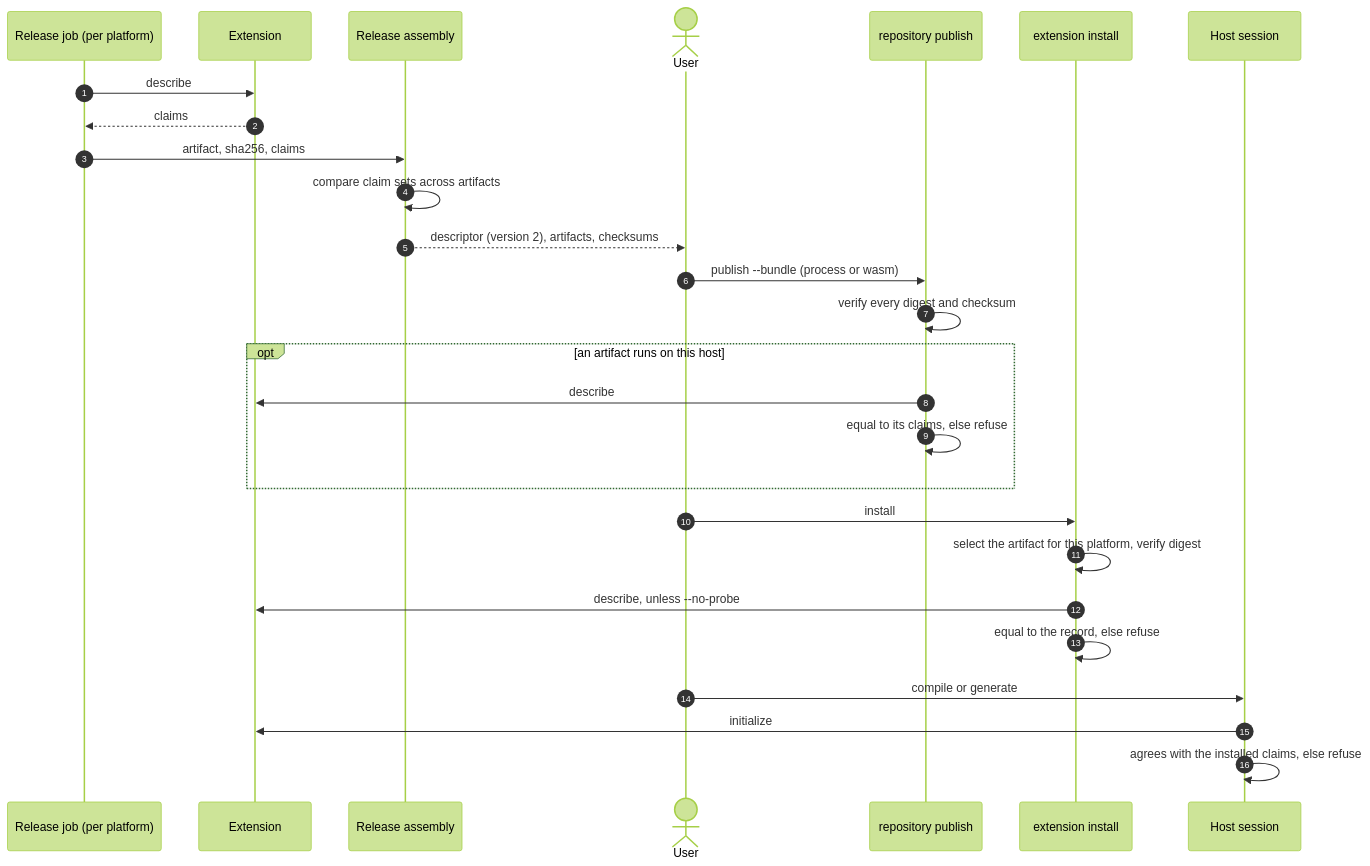
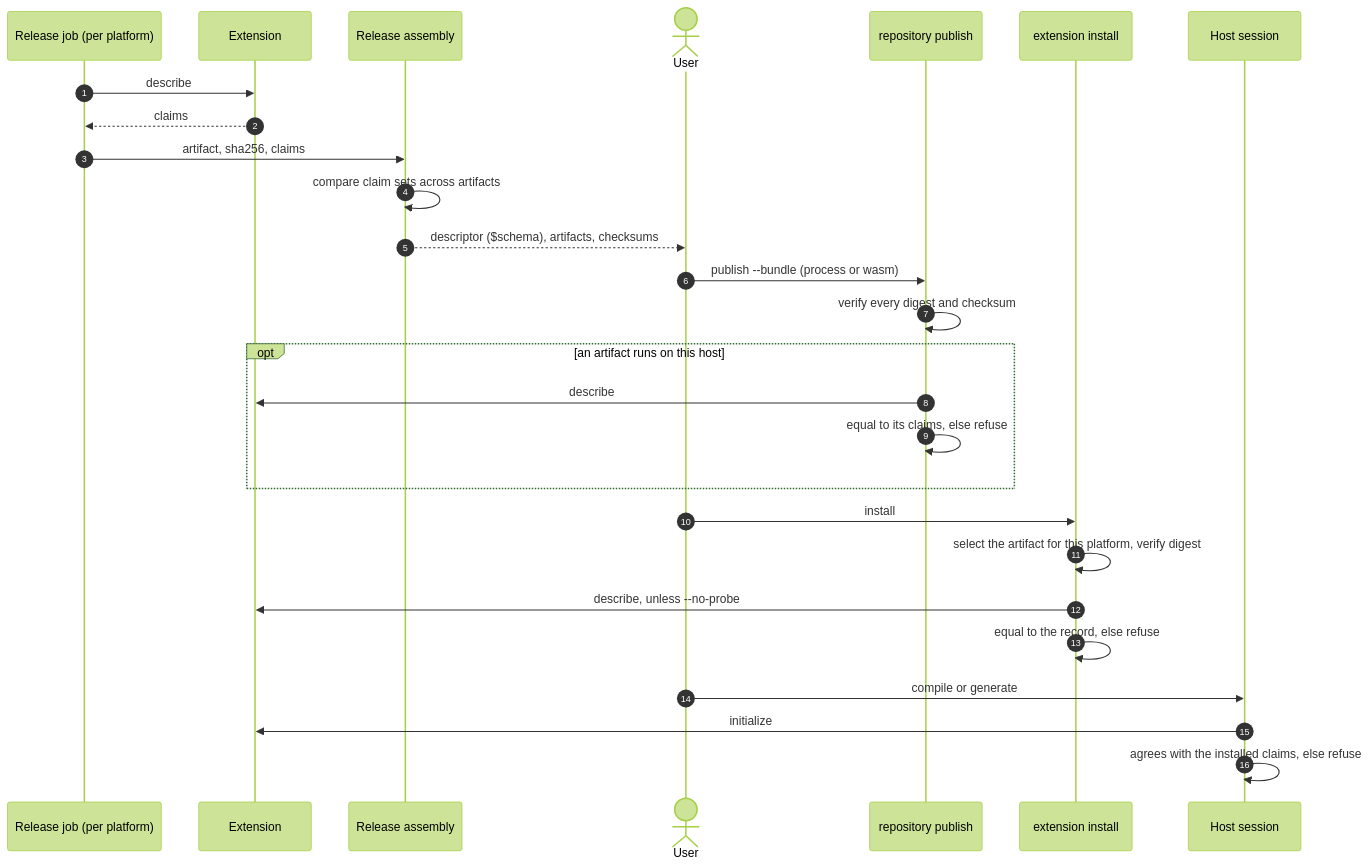
Before and after one commit to finos/morphir: the third of 3 diagrams in docs/design/draft/extensions/distribution-and-acquisition.md, drawn with Mermaid (forest theme). The commit also changed other lines of this file and 76 other files, not shown here.

````diff
--- a/docs/design/draft/extensions/distribution-and-acquisition.md
+++ b/docs/design/draft/extensions/distribution-and-acquisition.md
@@ -316,30 +355,30 @@
 ```mermaid
 sequenceDiagram
     autonumber
     participant CI as Release job (per platform)
     participant Guest as Extension
     participant Asm as Release assembly
     actor User
     participant Repo as repository publish
     participant Inst as extension install
     participant Host as Host session
 
     CI->>Guest: describe
     Guest-->>CI: claims
     CI->>Asm: artifact, sha256, claims
     Asm->>Asm: compare claim sets across artifacts
-    Asm-->>User: descriptor (version 2), artifacts, checksums
+    Asm-->>User: descriptor ($schema), artifacts, checksums
     User->>Repo: publish --bundle (process or wasm)
     Repo->>Repo: verify every digest and checksum
     opt an artifact runs on this host
         Repo->>Guest: describe
         Repo->>Repo: equal to its claims, else refuse
     end
     User->>Inst: install
     Inst->>Inst: select the artifact for this platform, verify digest
     Inst->>Guest: describe, unless --no-probe
     Inst->>Inst: equal to the record, else refuse
     User->>Host: compile or generate
     Host->>Guest: initialize
     Host->>Host: agrees with the installed claims, else refuse
 ```
````
